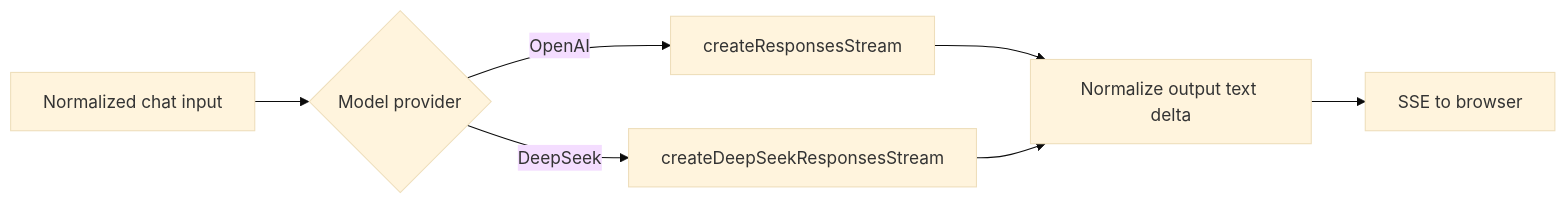
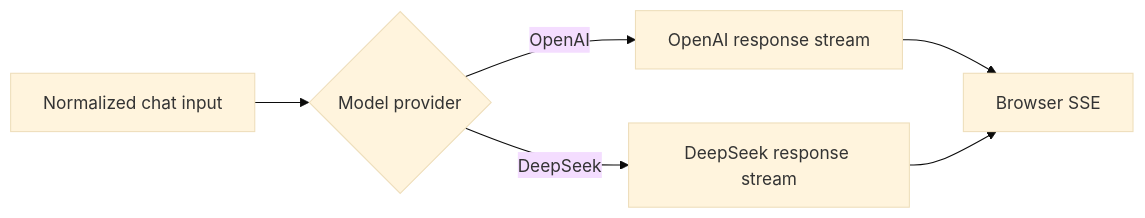
The second of 3 diagrams in docs/architecture/chat-flow.md (kakumine2001/NoteFable), drawn with Mermaid (base theme) before and after one commit. The commit also changed other lines of this file and 6 other files, not shown here.

Commit message:
docs: consolidate architecture overview and harden Mermaid

````diff
--- a/docs/architecture/chat-flow.md
+++ b/docs/architecture/chat-flow.md
@@ -144,11 +133,8 @@
 ```mermaid
 flowchart LR
-    Input[Normalized chat input] --> Provider{Model provider}
-
-    Provider -->|OpenAI| OpenAI[createResponsesStream]
-    Provider -->|DeepSeek| DeepSeek[createDeepSeekResponsesStream]
-
-    OpenAI --> Delta[Normalize output text delta]
-    DeepSeek --> Delta
-    Delta --> Client[SSE to browser]
+    Input["Normalized chat input"] --> Provider{"Model provider"}
+    Provider -->|OpenAI| OpenAI["OpenAI response stream"]
+    Provider -->|DeepSeek| DeepSeek["DeepSeek response stream"]
+    OpenAI --> Client["Browser SSE"]
+    DeepSeek --> Client
 ```
````
